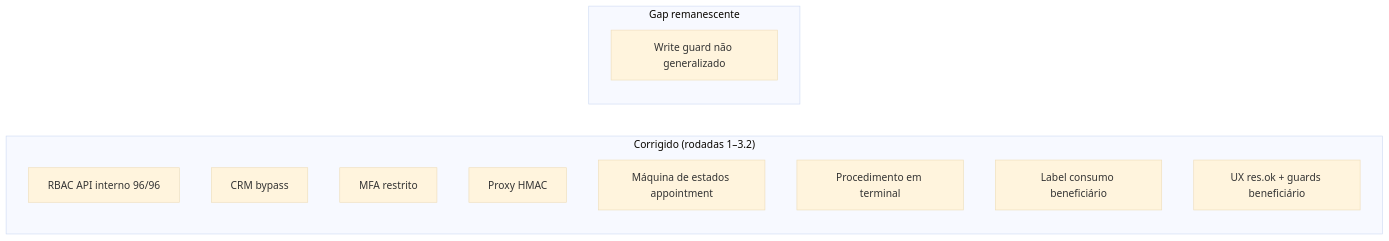
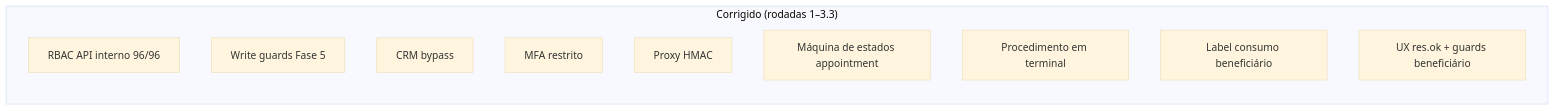
One commit to Piulres/sistema-bibi changed the diagram in docs/produto/AUDITORIA_FLUXOS.md. Above: the diagram before and after it, drawn with Mermaid (base theme). The commit also changed other lines of this file and 4 other files, not shown here.

````diff
--- a/docs/produto/AUDITORIA_FLUXOS.md
+++ b/docs/produto/AUDITORIA_FLUXOS.md
@@ -64,16 +65,14 @@
 ```mermaid
 flowchart LR
-  subgraph OK["Corrigido (rodadas 1–3.2)"]
+  subgraph OK["Corrigido (rodadas 1–3.3)"]
     R[RBAC API interno 96/96]
+    W[Write guards Fase 5]
     C[CRM bypass]
     M[MFA restrito]
     X[Proxy HMAC]
     S[Máquina de estados appointment]
     P[Procedimento em terminal]
     B[Label consumo beneficiário]
     U[UX res.ok + guards beneficiário]
   end
-  subgraph GAP["Gap remanescente"]
-    W[Write guard não generalizado]
-  end
 ```
````
